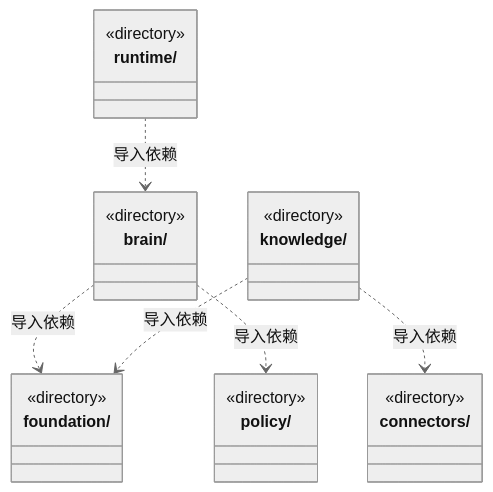
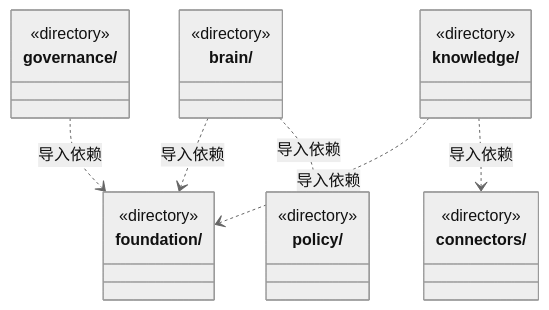
One commit to nan023062/cbim changed the first of 2 diagrams in src/backend/core/ARCHITECTURE.md. Above: the diagram before and after it, drawn with Mermaid (neutral theme). The commit also changed other lines of this file and 50 other files, not shown here.

````diff
--- a/src/backend/core/ARCHITECTURE.md
+++ b/src/backend/core/ARCHITECTURE.md
@@ -15,26 +15,26 @@
 ```mermaid
 classDiagram
 class N_src_backend_core_brain["brain/"] {
   <<directory>>
 }
 class N_src_backend_core_connectors["connectors/"] {
   <<directory>>
 }
 class N_src_backend_core_foundation["foundation/"] {
   <<directory>>
 }
+class N_src_backend_core_governance["governance/"] {
+  <<directory>>
+}
 class N_src_backend_core_knowledge["knowledge/"] {
   <<directory>>
 }
 class N_src_backend_core_policy["policy/"] {
   <<directory>>
 }
-class N_src_backend_core_runtime["runtime/"] {
-  <<directory>>
-}
 N_src_backend_core_brain ..> N_src_backend_core_foundation : 导入依赖
 N_src_backend_core_brain ..> N_src_backend_core_policy : 导入依赖
+N_src_backend_core_governance ..> N_src_backend_core_foundation : 导入依赖
 N_src_backend_core_knowledge ..> N_src_backend_core_foundation : 导入依赖
 N_src_backend_core_knowledge ..> N_src_backend_core_connectors : 导入依赖
-N_src_backend_core_runtime ..> N_src_backend_core_brain : 导入依赖
 ```
````
